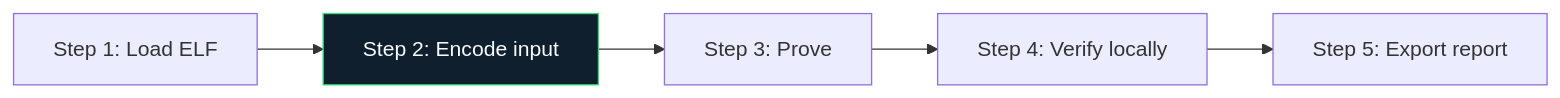
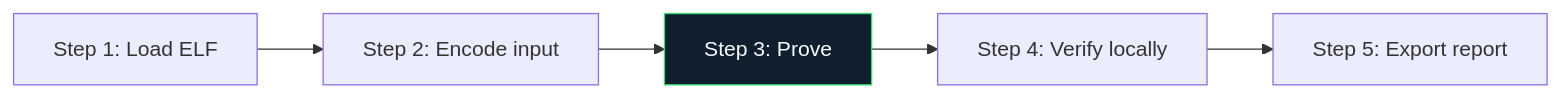
Before and after one commit to r3e-network/neo-n4: the diagram in bridge/neo-zkvm-host/docs/figures/workflow.mmd, drawn with Mermaid. The commit also changed 129 other files, not shown here.

```diff
--- a/bridge/neo-zkvm-host/docs/figures/workflow.mmd
+++ b/bridge/neo-zkvm-host/docs/figures/workflow.mmd
@@ -1,12 +1,12 @@
 flowchart LR
     N1["Step 1: Load ELF"]
     N2["Step 2: Encode input"]
     N3["Step 3: Prove"]
     N4["Step 4: Verify locally"]
     N5["Step 5: Export report"]
     N1 --> N2
     N2 --> N3
     N3 --> N4
     N4 --> N5
     classDef crate fill:#101f2d,stroke:#38d978,color:#f6fbff
-    class N2 crate
+    class N3 crate
```
